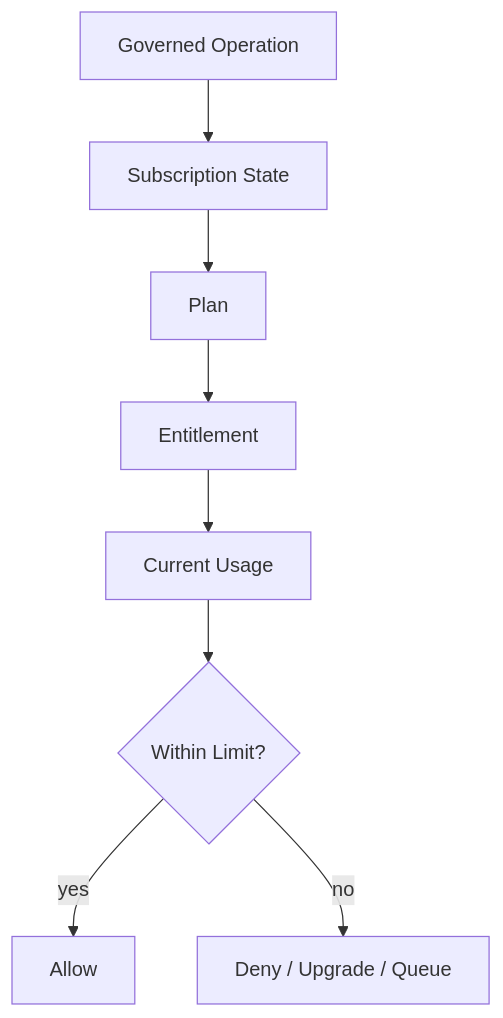
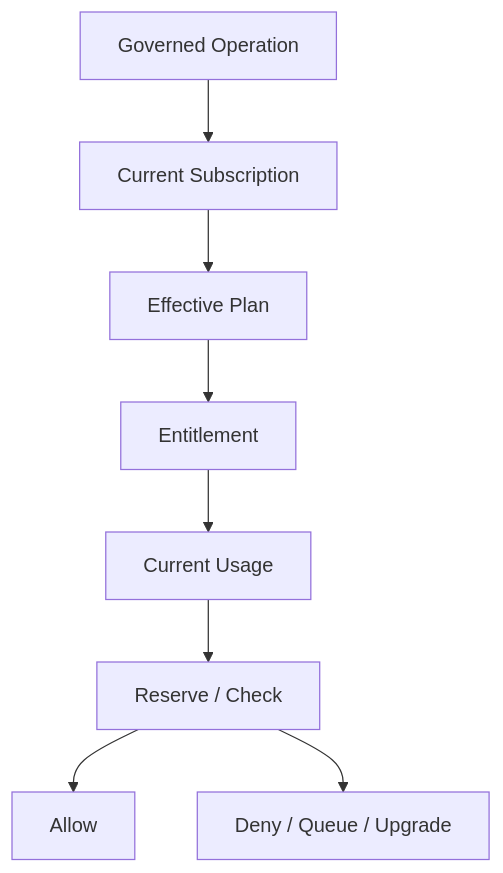
Before and after one commit to D-engahmed/OMILINKS: the third of 5 diagrams in docs/domain/billing.md, drawn with Mermaid. The commit also changed other lines of this file and 1 other file, not shown here.

```diff
--- a/docs/domain/billing.md
+++ b/docs/domain/billing.md
@@ -87,10 +75,10 @@
 ~~~mermaid
 flowchart TD
-REQ[Governed Operation] --> SUB[Subscription State]
-SUB --> PLAN[Plan]
+REQUEST[Governed Operation] --> SUB[Current Subscription]
+SUB --> PLAN[Effective Plan]
 PLAN --> ENT[Entitlement]
 ENT --> USAGE[Current Usage]
-USAGE --> LIMIT{Within Limit?}
-LIMIT -->|yes| ALLOW[Allow]
-LIMIT -->|no| DENY[Deny / Upgrade / Queue]
+USAGE --> RESERVE[Reserve / Check]
+RESERVE --> ALLOW[Allow]
+RESERVE --> DENY[Deny / Queue / Upgrade]
 ~~~
```
